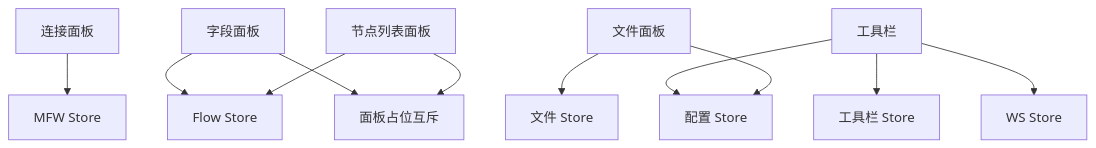
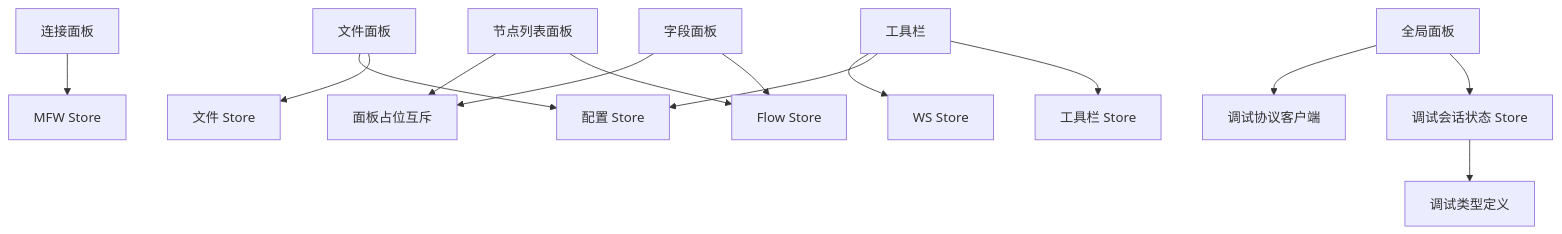
One commit to kqcoxn/MaaPipelineEditor changed the ninth of 9 diagrams in .qoder/repowiki/zh/content/面板与组件/主要面板/主要面板.md. Above: the diagram before and after it, drawn with Mermaid. The commit also changed other lines of this file and 19 other files, not shown here.

````diff
--- a/.qoder/repowiki/zh/content/面板与组件/主要面板/主要面板.md
+++ b/.qoder/repowiki/zh/content/面板与组件/主要面板/主要面板.md
@@ -347,13 +408,16 @@
 ```mermaid
 graph TB
 CP["连接面板"] --> MFW["MFW Store"]
 FP["字段面板"] --> FS["Flow Store"]
 NLP["节点列表面板"] --> FS
 FIP["文件面板"] --> FILE["文件 Store"]
 TP["工具栏"] --> TOOL["工具栏 Store"]
 TP --> CFG["配置 Store"]
 TP --> WS["WS Store"]
 FIP --> CFG
 FP --> POS["面板占位互斥"]
 NLP --> POS
+GP["全局面板"] --> DSS["调试会话状态 Store"]
+GP --> DPC["调试协议客户端"]
+DSS --> TYPES["调试类型定义"]
 ```
````
